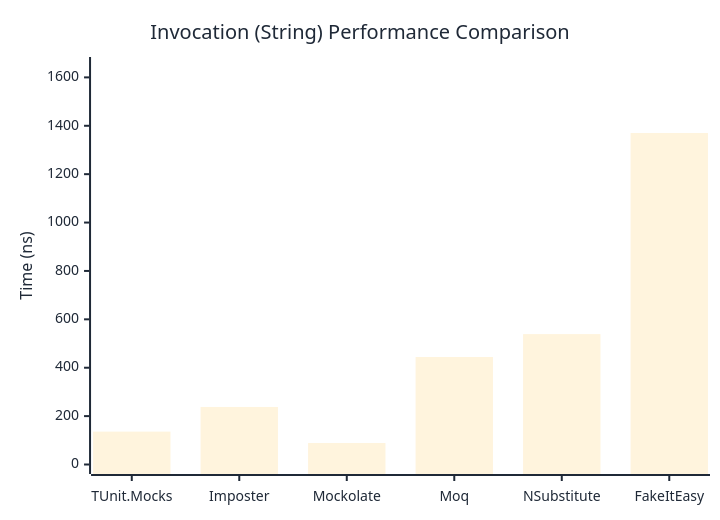
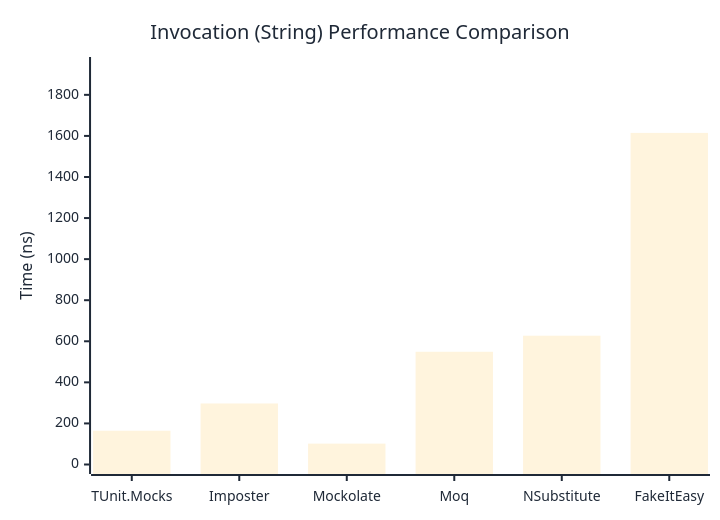
Before and after one commit to thomhurst/TUnit: the second of 3 diagrams in docs/docs/benchmarks/mocks/Invocation.md, drawn with Mermaid. The commit also changed other lines of this file and 14 other files, not shown here.

````diff
--- a/docs/docs/benchmarks/mocks/Invocation.md
+++ b/docs/docs/benchmarks/mocks/Invocation.md
@@ -71,27 +71,27 @@
 ```mermaid
 %%{init: {
   'theme':'base',
   'themeVariables': {
     'primaryColor': '#2563eb',
     'primaryTextColor': '#1f2937',
     'primaryBorderColor': '#1e40af',
     'lineColor': '#6b7280',
     'secondaryColor': '#7c3aed',
     'tertiaryColor': '#dc2626',
     'background': '#ffffff',
     'pie1': '#2563eb',
     'pie2': '#7c3aed',
     'pie3': '#dc2626',
     'pie4': '#f59e0b',
     'pie5': '#10b981',
     'pie6': '#06b6d4',
     'pie7': '#ec4899',
     'pie8': '#6366f1'
   }
 }}%%
 xychart-beta
   title "Invocation (String) Performance Comparison"
   x-axis ["TUnit.Mocks", "Imposter", "Mockolate", "Moq", "NSubstitute", "FakeItEasy"]
-  y-axis "Time (ns)" 0 --> 1645
-  bar [135.91, 237.77, 88.82, 444.19, 538.93, 1370.1]
+  y-axis "Time (ns)" 0 --> 1938
+  bar [164.5, 297.2, 101.7, 548.9, 627.2, 1614.7]
 ```
````
